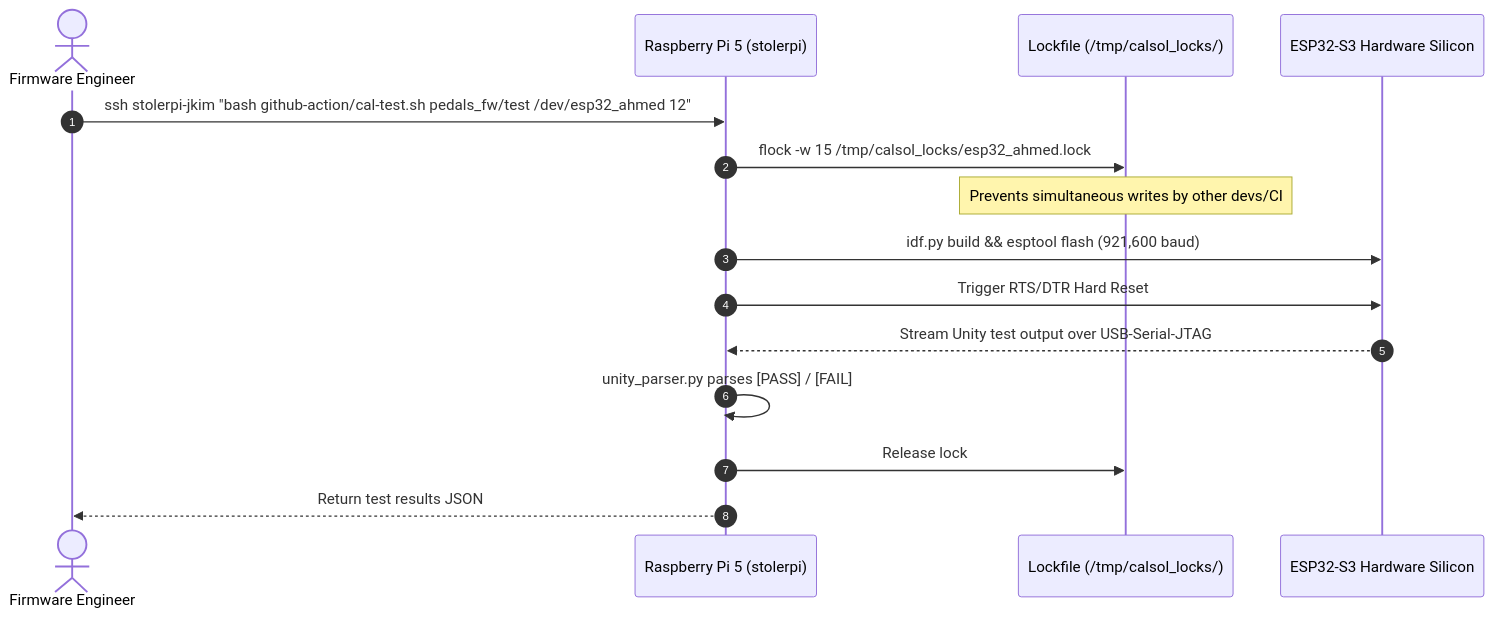
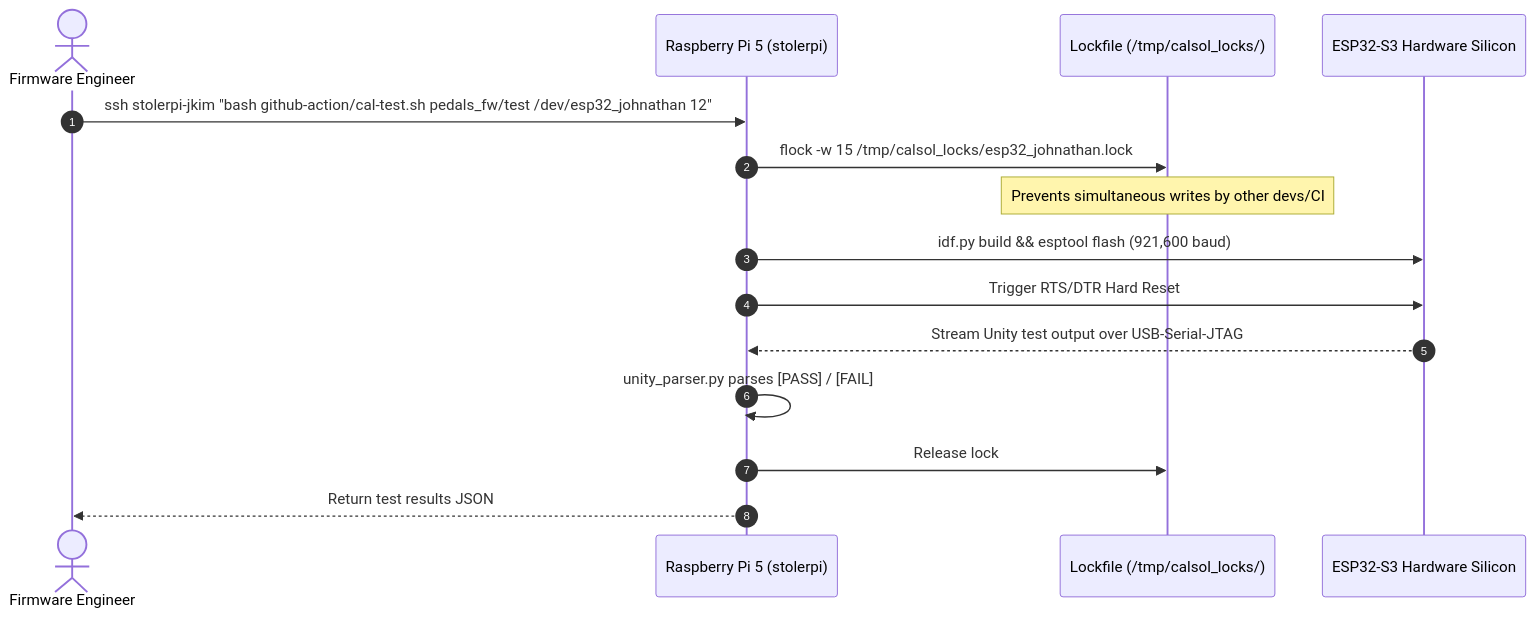
Before and after one commit to JuneKim0712/CAN-Testbench: the second of 4 diagrams in docs/CAN_TESTBENCH_STAGE_GUIDE.md, drawn with Mermaid. The commit also changed other lines of this file and 4 other files, not shown here.

Commit message:
feat(bench): lock esp32_ahmed as permanent CAN Debugger and esp32_johnathan as DUT

````diff
--- a/docs/CAN_TESTBENCH_STAGE_GUIDE.md
+++ b/docs/CAN_TESTBENCH_STAGE_GUIDE.md
@@ -95,18 +95,18 @@
 ```mermaid
 sequenceDiagram
     autonumber
     actor Dev as Firmware Engineer
     participant Host as Raspberry Pi 5 (stolerpi)
     participant Lock as Lockfile (/tmp/calsol_locks/)
     participant ESP as ESP32-S3 Hardware Silicon
 
-    Dev->>Host: ssh stolerpi-jkim "bash github-action/cal-test.sh pedals_fw/test /dev/esp32_ahmed 12"
-    Host->>Lock: flock -w 15 /tmp/calsol_locks/esp32_ahmed.lock
+    Dev->>Host: ssh stolerpi-jkim "bash github-action/cal-test.sh pedals_fw/test /dev/esp32_johnathan 12"
+    Host->>Lock: flock -w 15 /tmp/calsol_locks/esp32_johnathan.lock
     Note over Lock: Prevents simultaneous writes by other devs/CI
     Host->>ESP: idf.py build && esptool flash (921,600 baud)
     Host->>ESP: Trigger RTS/DTR Hard Reset
     ESP-->>Host: Stream Unity test output over USB-Serial-JTAG
     Host->>Host: unity_parser.py parses [PASS] / [FAIL]
     Host->>Lock: Release lock
     Host-->>Dev: Return test results JSON
 ```
````
